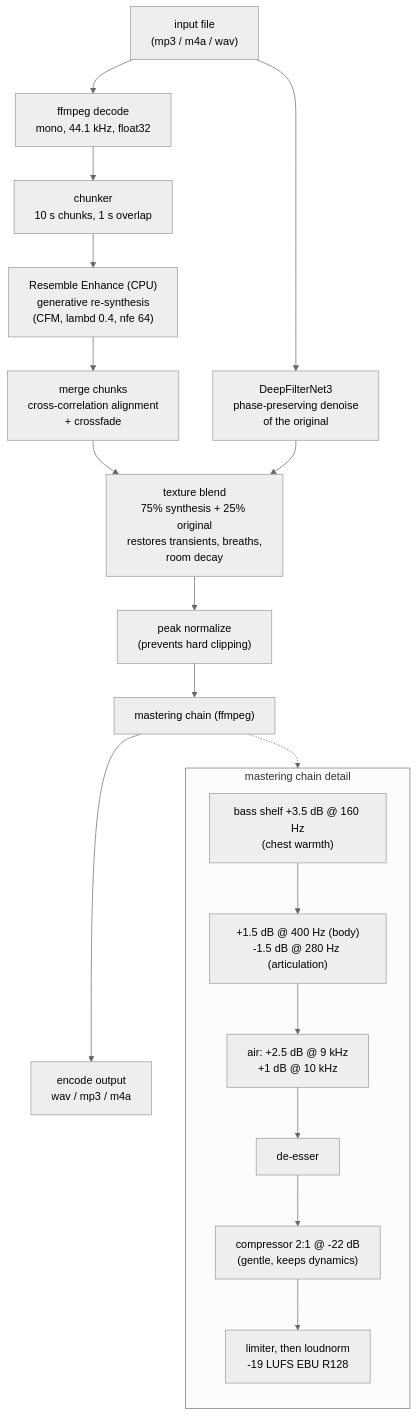
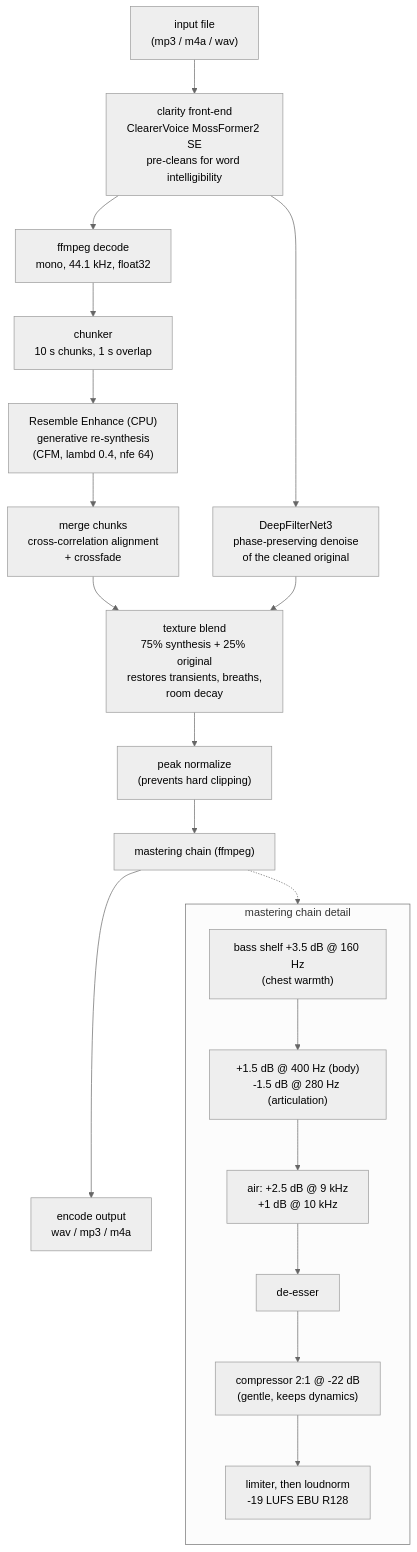
The diagram in ARCHITECTURE.md (Francium-Tech/CrispVoice), drawn with Mermaid (neutral theme) before and after one commit. The commit also changed other lines of this file and 8 other files, not shown here.

First line of the commit message:
Engine v2: ClearerVoice clarity front-end + Apple GPU fast path

````diff
--- a/ARCHITECTURE.md
+++ b/ARCHITECTURE.md
@@ -33,24 +35,25 @@
 ```mermaid
 flowchart TD
-    A["input file<br/>(mp3 / m4a / wav)"] --> B["ffmpeg decode<br/>mono, 44.1 kHz, float32"]
+    A["input file<br/>(mp3 / m4a / wav)"] --> CL["clarity front-end<br/>ClearerVoice MossFormer2 SE<br/>pre-cleans for word intelligibility"]
+    CL --> B["ffmpeg decode<br/>mono, 44.1 kHz, float32"]
     B --> C["chunker<br/>10 s chunks, 1 s overlap"]
     C --> D["Resemble Enhance (CPU)<br/>generative re-synthesis<br/>(CFM, lambd 0.4, nfe 64)"]
     D --> E["merge chunks<br/>cross-correlation alignment<br/>+ crossfade"]
-    A --> H["DeepFilterNet3<br/>phase-preserving denoise<br/>of the original"]
+    CL --> H["DeepFilterNet3<br/>phase-preserving denoise<br/>of the cleaned original"]
     E --> J["texture blend<br/>75% synthesis + 25% original<br/>restores transients, breaths,<br/>room decay"]
     H --> J
     J --> K["peak normalize<br/>(prevents hard clipping)"]
     K --> F["mastering chain (ffmpeg)"]
     F --> G["encode output<br/>wav / mp3 / m4a"]
 
     subgraph F2["mastering chain detail"]
         direction TB
         M1["bass shelf +3.5 dB @ 160 Hz<br/>(chest warmth)"] --> M2["+1.5 dB @ 400 Hz (body)<br/>-1.5 dB @ 280 Hz (articulation)"]
         M2 --> M3["air: +2.5 dB @ 9 kHz<br/>+1 dB @ 10 kHz"]
         M3 --> M6["de-esser"]
         M6 --> M7["compressor 2:1 @ -22 dB<br/>(gentle, keeps dynamics)"]
         M7 --> M8["limiter, then loudnorm<br/>-19 LUFS EBU R128"]
     end
 
     F -.-> F2
 ```
````
